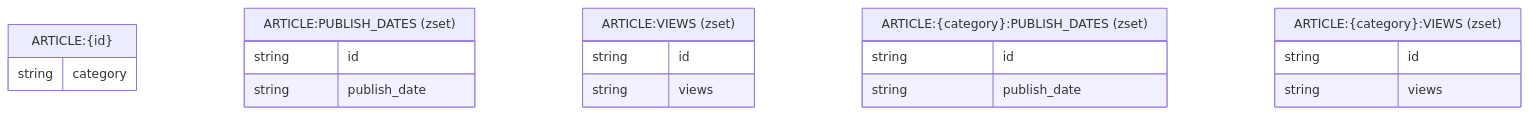
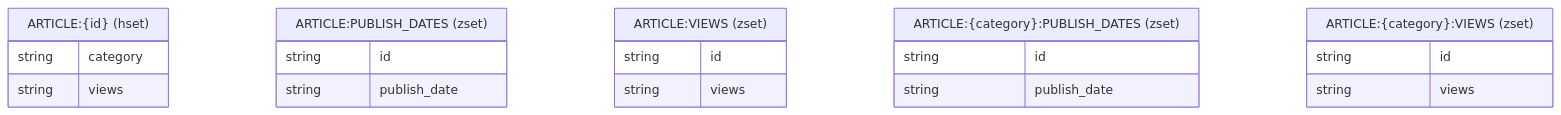
Before and after one commit to Arnasst/nereliacines-news-portal: the third of 3 diagrams in README.md, drawn with Mermaid. The commit also changed 2 other files, not shown here.

Commit message:
Add views to main index for watching specific article's views

````diff
--- a/README.md
+++ b/README.md
@@ -96,28 +96,29 @@
 ```mermaid
 
 erDiagram
-    "ARTICLE:{id}" {
+    "ARTICLE:{id} (hset)" {
         string category
+        string views
     }
 
     "ARTICLE:PUBLISH_DATES (zset)" {
         string id
         string publish_date
     }
 
     "ARTICLE:VIEWS (zset)" {
         string id
         string views
     }
 
     "ARTICLE:{category}:PUBLISH_DATES (zset)" {
         string id
         string publish_date
     }
 
     "ARTICLE:{category}:VIEWS (zset)" {
         string id
         string views
     }
 
 ```
````
